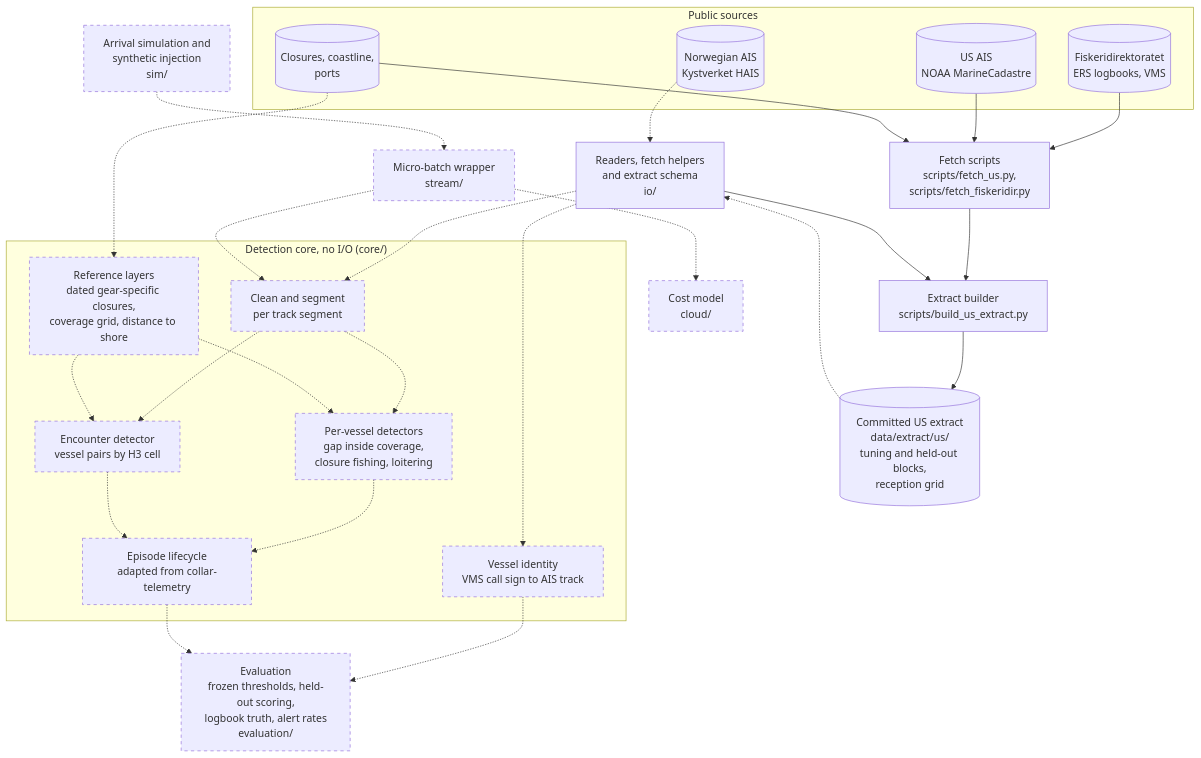
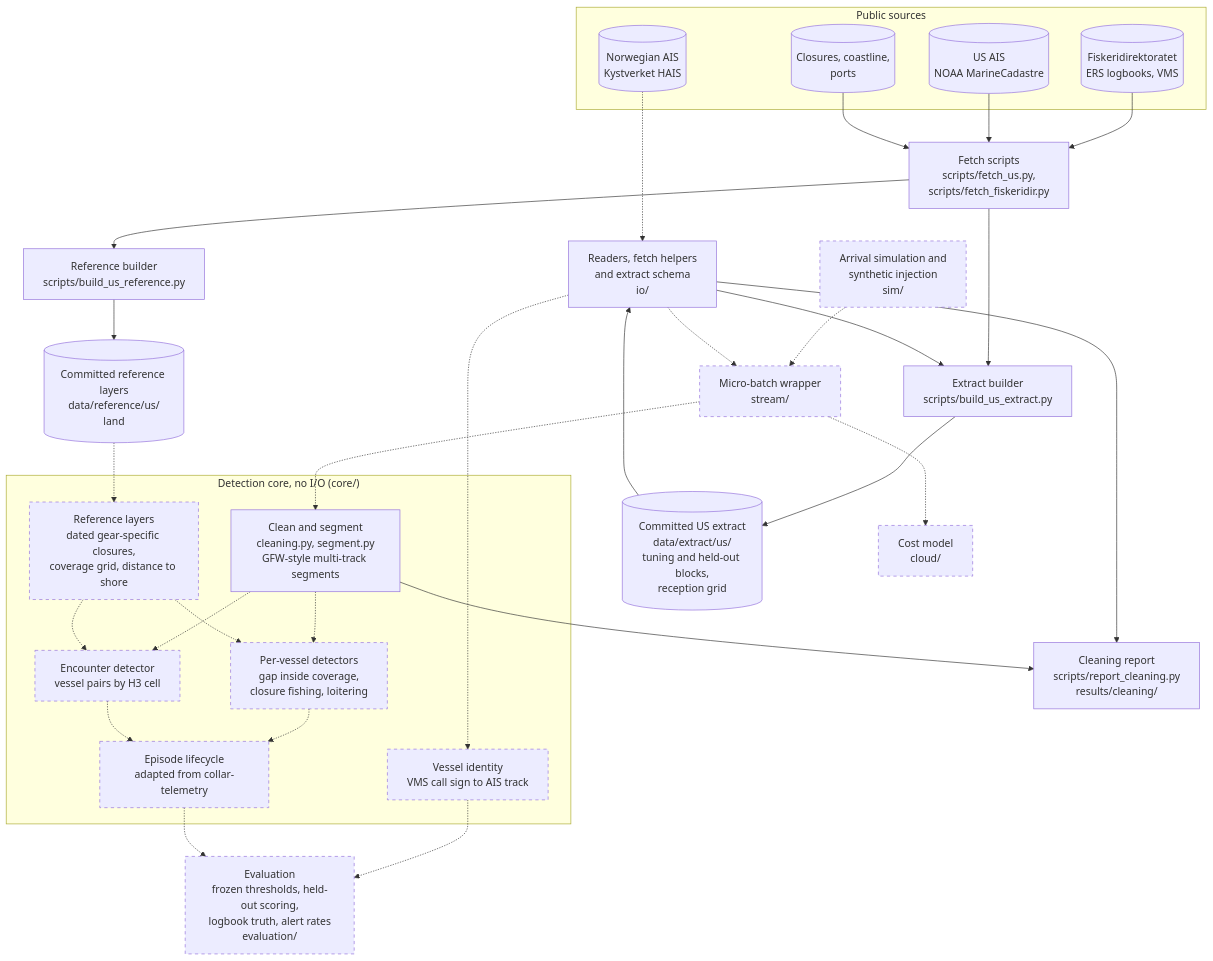
One commit to benmacp123/vessel-anomaly changed the diagram in README.md. Above: the diagram before and after it, drawn with Mermaid. The commit also changed other lines of this file and 9 other files, not shown here.

Commit message:
Add report cleaning script and enhance Makefile; update README and provenance documentation

````diff
--- a/README.md
+++ b/README.md
@@ -31,54 +31,61 @@
 ```mermaid
 flowchart TB
     subgraph sources ["Public sources"]
         hais[("Norwegian AIS<br>Kystverket HAIS")]
         noaa[("US AIS<br>NOAA MarineCadastre")]
         fdir[("Fiskeridirektoratet<br>ERS logbooks, VMS")]
         refs[("Closures, coastline,<br>ports")]
     end
 
     fetch["Fetch scripts<br>scripts/fetch_us.py,<br>scripts/fetch_fiskeridir.py"]
     build["Extract builder<br>scripts/build_us_extract.py"]
     extract[("Committed US extract<br>data/extract/us/<br>tuning and held-out blocks,<br>reception grid")]
     io["Readers, fetch helpers<br>and extract schema<br>io/"]
+    refbuild["Reference builder<br>scripts/build_us_reference.py"]
+    refdata[("Committed reference layers<br>data/reference/us/<br>land")]
+    report["Cleaning report<br>scripts/report_cleaning.py<br>results/cleaning/"]
 
     subgraph core ["Detection core, no I/O (core/)"]
-        clean["Clean and segment<br>per track segment"]
+        clean["Clean and segment<br>cleaning.py, segment.py<br>GFW-style multi-track segments"]
         layers["Reference layers<br>dated gear-specific closures,<br>coverage grid, distance to shore"]
         identity["Vessel identity<br>VMS call sign to AIS track"]
         vessel["Per-vessel detectors<br>gap inside coverage,<br>closure fishing, loitering"]
         encounter["Encounter detector<br>vessel pairs by H3 cell"]
         lifecycle["Episode lifecycle<br>adapted from collar-telemetry"]
     end
 
     sim["Arrival simulation and<br>synthetic injection<br>sim/"]
     stream["Micro-batch wrapper<br>stream/"]
     evaluation["Evaluation<br>frozen thresholds, held-out scoring,<br>logbook truth, alert rates<br>evaluation/"]
     cost["Cost model<br>cloud/"]
 
     fdir --> fetch
     noaa --> fetch
     refs --> fetch
     fetch --> build
     build --> extract
     io --> build
+    fetch --> refbuild
+    refbuild --> refdata
     hais -.-> io
-    refs -.-> layers
-    extract -.-> io
-    io -.-> clean
+    refdata -.-> layers
+    extract --> io
+    io --> report
+    clean --> report
     io -.-> identity
     clean -.-> vessel
     clean -.-> encounter
     layers -.-> vessel
     layers -.-> encounter
     vessel -.-> lifecycle
     encounter -.-> lifecycle
     identity -.-> evaluation
     sim -.-> stream
     stream -.-> clean
+    io -.-> stream
     lifecycle -.-> evaluation
     stream -.-> cost
 
     classDef planned stroke-dasharray: 5 5
-    class clean,layers,identity,vessel,encounter,lifecycle,sim,stream,evaluation,cost planned
+    class layers,identity,vessel,encounter,lifecycle,sim,stream,evaluation,cost planned
 ```
````
